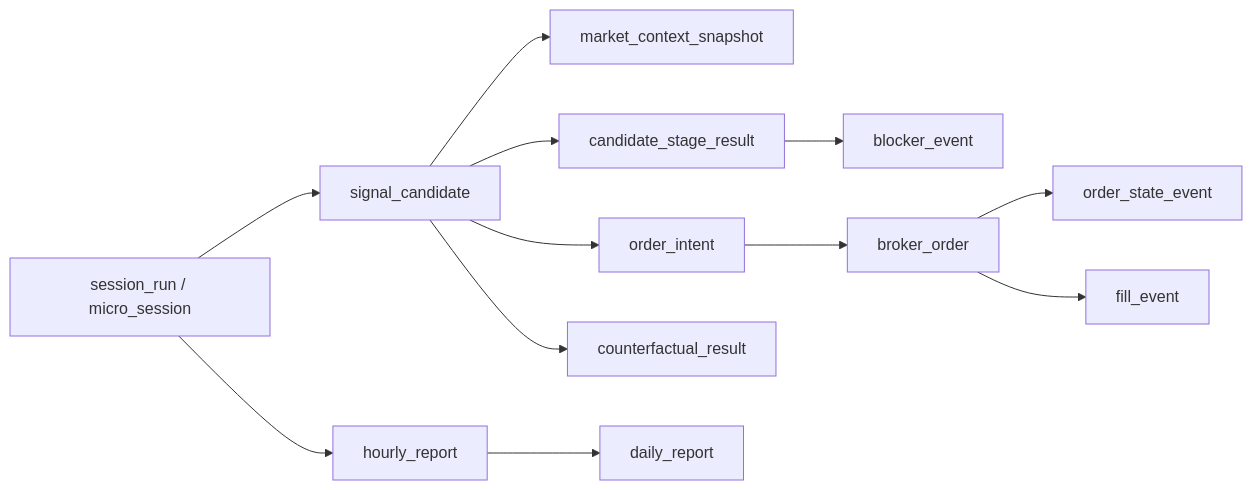
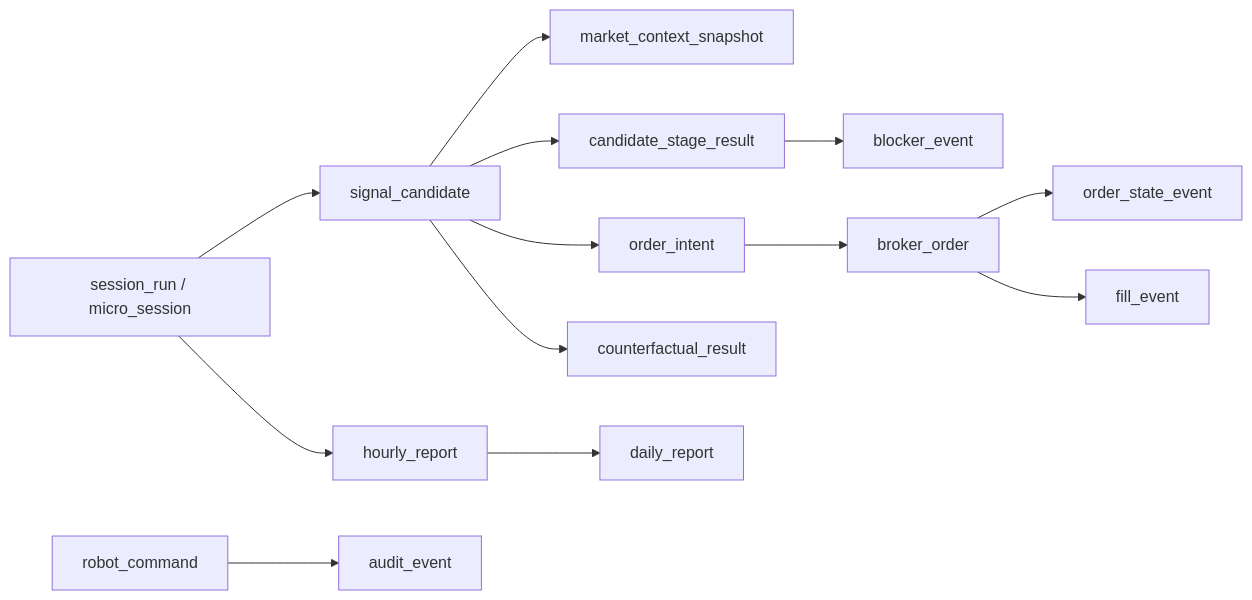
Before and after one commit to Resurt/Trading_2.0: the diagram in Docs/logging_analytics_schema.md, drawn with Mermaid. The commit also changed other lines of this file and 27 other files, not shown here.

````diff
--- a/Docs/logging_analytics_schema.md
+++ b/Docs/logging_analytics_schema.md
@@ -7,14 +7,15 @@
 ```mermaid
 flowchart LR
     session["session_run / micro_session"] --> candidate["signal_candidate"]
     candidate --> context["market_context_snapshot"]
     candidate --> stage["candidate_stage_result"]
     stage --> blocker["blocker_event"]
     candidate --> intent["order_intent"]
     intent --> broker["broker_order"]
     broker --> state["order_state_event"]
     broker --> fill["fill_event"]
     candidate --> counterfactual["counterfactual_result"]
     session --> hourly["hourly_report"]
     hourly --> daily["daily_report"]
+    command["robot_command"] --> audit["audit_event"]
 ```
````
